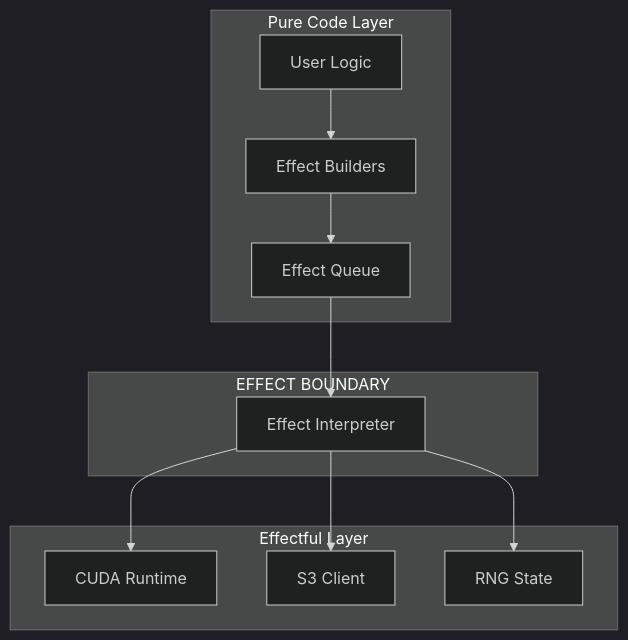
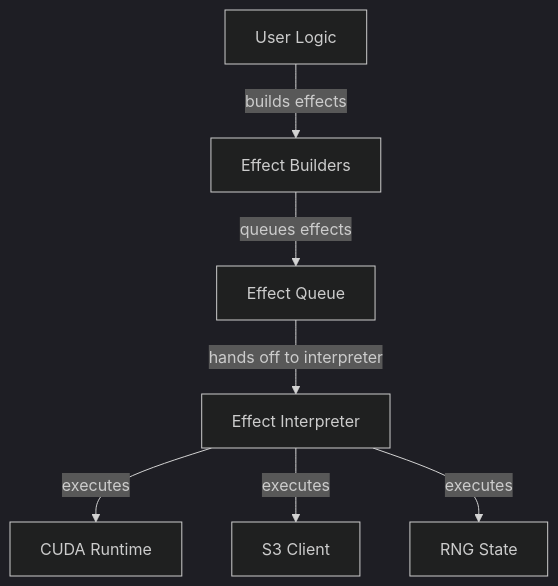
The third of 4 diagrams in documents/engineering/effect_interpreter.md (Tuee22/SpectralMC), drawn with Mermaid (dark theme) before and after one commit. The commit also changed other lines of this file and 28 other files, not shown here.

````diff
--- a/documents/engineering/effect_interpreter.md
+++ b/documents/engineering/effect_interpreter.md
@@ -451,25 +465,17 @@
 ```mermaid
 flowchart TB
-    subgraph Pure["Pure Code Layer"]
-        UserLogic[User Logic]
-        EffectBuilder[Effect Builders]
-        EffectQueue[Effect Queue]
-    end
+    UserLogic[User Logic]
+    EffectBuilder[Effect Builders]
+    EffectQueue[Effect Queue]
+    Interpreter[Effect Interpreter]
+    CUDARuntime[CUDA Runtime]
+    S3Client[S3 Client]
+    RNGState[RNG State]
 
-    subgraph Boundary["EFFECT BOUNDARY"]
-        Interpreter[Effect Interpreter]
-    end
-
-    subgraph Effectful["Effectful Layer"]
-        CUDARuntime[CUDA Runtime]
-        S3Client[S3 Client]
-        RNGState[RNG State]
-    end
-
-    UserLogic --> EffectBuilder
-    EffectBuilder --> EffectQueue
-    EffectQueue --> Interpreter
-    Interpreter --> CUDARuntime
-    Interpreter --> S3Client
-    Interpreter --> RNGState
+    UserLogic -->|builds effects| EffectBuilder
+    EffectBuilder -->|queues effects| EffectQueue
+    EffectQueue -->|hands off to interpreter| Interpreter
+    Interpreter -->|executes| CUDARuntime
+    Interpreter -->|executes| S3Client
+    Interpreter -->|executes| RNGState
 ```
````
